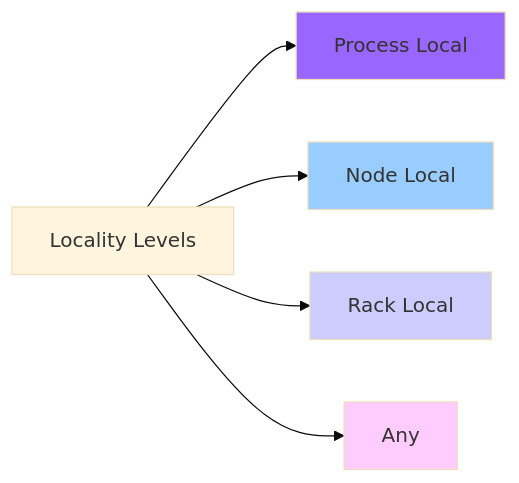
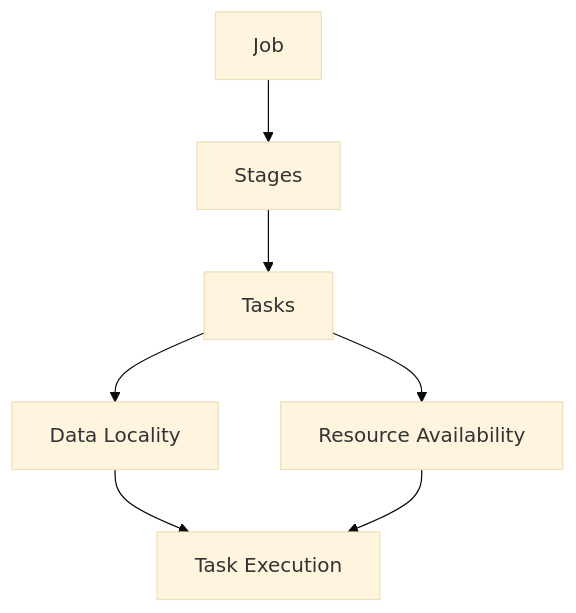
Before and after one commit to veltzer/teaching-slides: the diagram in mermaid/marp/courses/apache-spark-with-scala/01_introduction_to_spark.md/13.mmd, drawn with Mermaid (base theme). The commit also changed 27 other files, not shown here.

```diff
--- a/mermaid/marp/courses/apache-spark-with-scala/01_introduction_to_spark.md/13.mmd
+++ b/mermaid/marp/courses/apache-spark-with-scala/01_introduction_to_spark.md/13.mmd
@@ -1,9 +1,7 @@
-graph LR
-    A[Locality Levels] --> B[Process Local]
-    A --> C[Node Local]
-    A --> D[Rack Local]
-    A --> E[Any]
-    style B fill:#96f
-    style C fill:#9cf
-    style D fill:#ccf
-    style E fill:#fcf
+graph TD
+    Job[Job] --> Stages[Stages]
+    Stages --> Tasks[Tasks]
+    Tasks --> Locality[Data Locality]
+    Tasks --> Resources[Resource Availability]
+    Locality --> Execution[Task Execution]
+    Resources --> Execution
```
